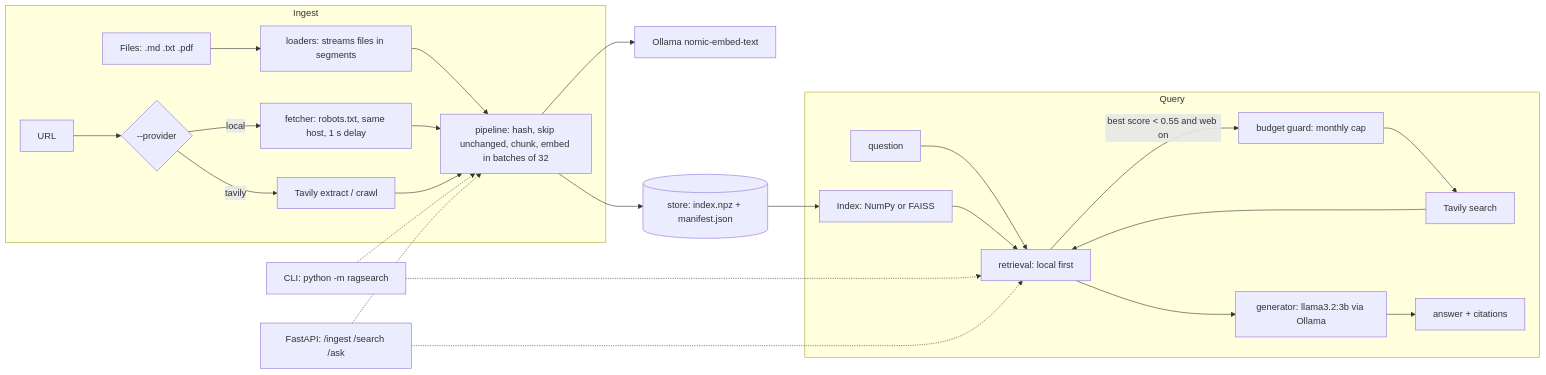
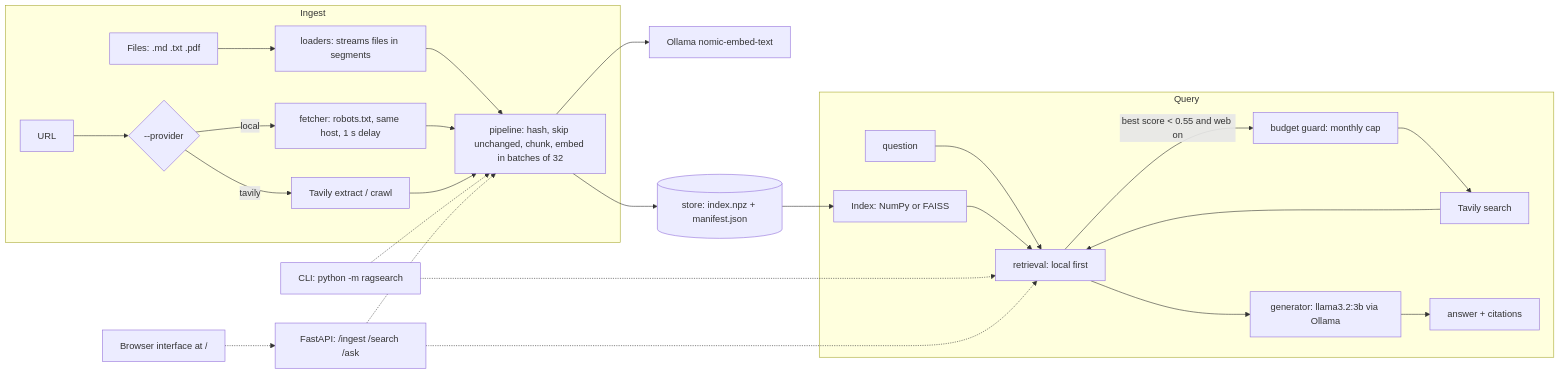
One commit to TaiwoOpesade/ragsearch changed the diagram in README.md. Above: the diagram before and after it, drawn with Mermaid. The commit also changed other lines of this file and 2 other files, not shown here.

First line of the commit message:
docs: add the web interface to the README with a real screenshot

````diff
--- a/README.md
+++ b/README.md
@@ -15,32 +19,33 @@
 ```mermaid
 flowchart LR
     subgraph Ingest
         files["Files: .md .txt .pdf"] --> loaders["loaders: streams files in segments"]
         url["URL"] --> provider{"--provider"}
         provider -->|local| fetcher["fetcher: robots.txt, same host, 1 s delay"]
         provider -->|tavily| tavily_ingest["Tavily extract / crawl"]
         loaders --> pipeline
         fetcher --> pipeline
         tavily_ingest --> pipeline
         pipeline["pipeline: hash, skip unchanged, chunk, embed in batches of 32"]
     end
 
     pipeline --> embedder["Ollama nomic-embed-text"]
     pipeline --> store[("store: index.npz + manifest.json")]
     store --> index["Index: NumPy or FAISS"]
 
     subgraph Query
         question["question"] --> retrieval["retrieval: local first"]
         index --> retrieval
         retrieval -->|"best score < 0.55 and web on"| budget["budget guard: monthly cap"]
         budget --> tavily_search["Tavily search"]
         tavily_search --> retrieval
         retrieval --> generator["generator: llama3.2:3b via Ollama"]
         generator --> answer["answer + citations"]
     end
 
     cli["CLI: python -m ragsearch"] -.-> pipeline
     cli -.-> retrieval
     api["FastAPI: /ingest /search /ask"] -.-> pipeline
     api -.-> retrieval
+    browser["Browser interface at /"] -.-> api
 ```
````
